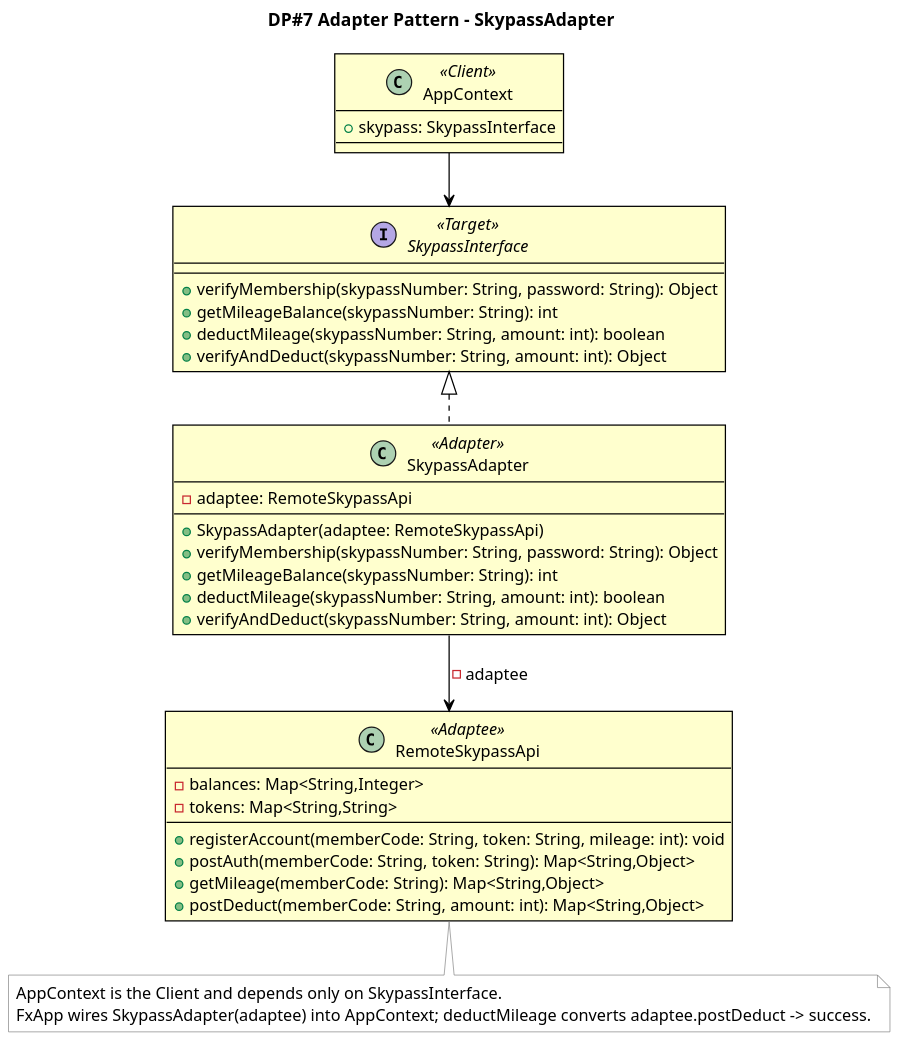
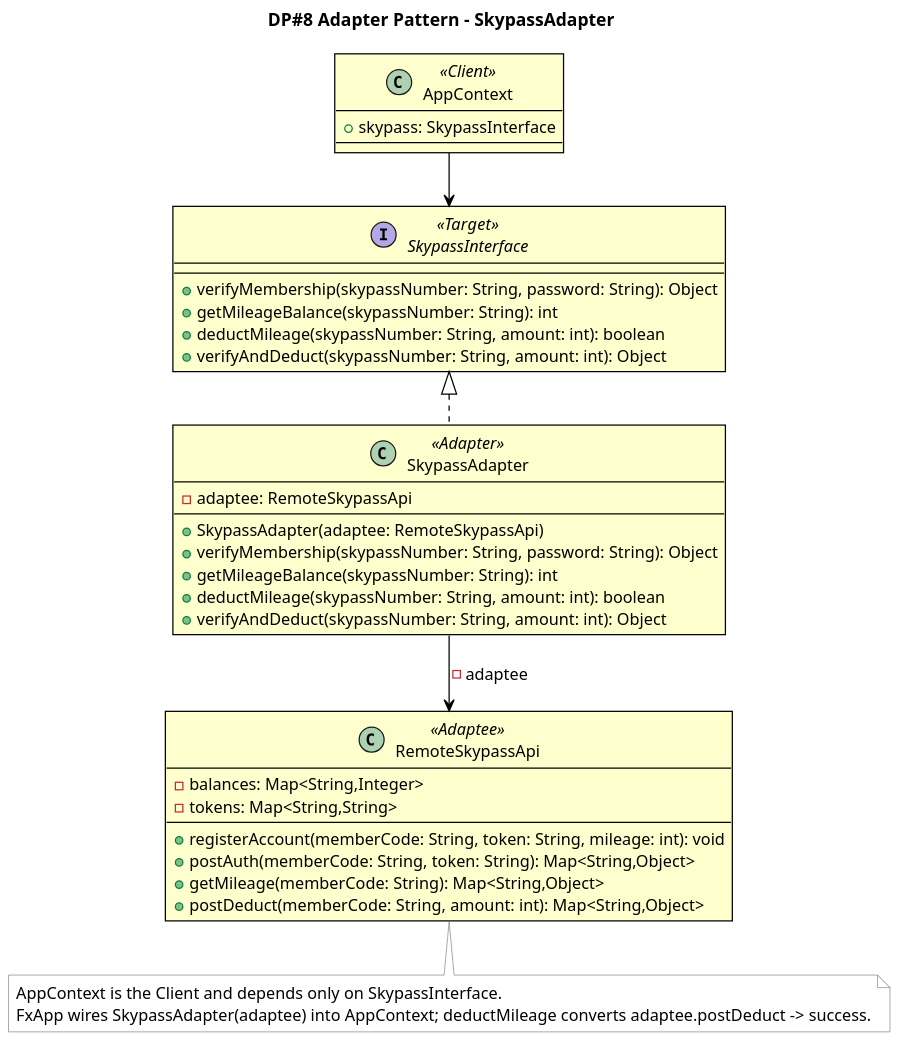
The diagram in docs/diagrams/iter4-puml/en/dp7-adapter.puml (gimjungwook/KoreanAirReservationDomain), drawn with PlantUML before and after one commit. The commit also changed 75 other files, not shown here.

First line of the commit message:
발표 덱·다이어그램·코드 정비 (iter4)

```diff
--- a/docs/diagrams/iter4-puml/en/dp7-adapter.puml
+++ b/docs/diagrams/iter4-puml/en/dp7-adapter.puml
@@ -1,61 +1,61 @@
 @startuml dp7-adapter
 skinparam backgroundColor #FFFFFF
 skinparam shadowing false
 skinparam roundcorner 0
 skinparam linetype polyline
 skinparam nodesep 26
 skinparam ranksep 42
 skinparam defaultFontName "Helvetica Neue"
 skinparam defaultFontSize 13
 skinparam dpi 150
 skinparam class {
   BackgroundColor #FFFFCE
   BorderColor #000000
   BorderThickness 1
   ArrowColor #000000
   ArrowThickness 1
   FontColor #000000
   FontName "Helvetica Neue"
   AttributeFontColor #000000
   AttributeFontName "Helvetica Neue"
   StereotypeFontColor #000000
 }
 skinparam note {
   BackgroundColor #FFFFFF
   BorderColor #777777
   FontColor #000000
 }
 
-title DP#7 Adapter Pattern - SkypassAdapter
+title DP#8 Adapter Pattern - SkypassAdapter
 class AppContext <<Client>> {
   +skypass: SkypassInterface
 }
 interface SkypassInterface <<Target>> {
   +verifyMembership(skypassNumber: String, password: String): Object
   +getMileageBalance(skypassNumber: String): int
   +deductMileage(skypassNumber: String, amount: int): boolean
   +verifyAndDeduct(skypassNumber: String, amount: int): Object
 }
 class SkypassAdapter <<Adapter>> {
   -adaptee: RemoteSkypassApi
   --
   +SkypassAdapter(adaptee: RemoteSkypassApi)
   +verifyMembership(skypassNumber: String, password: String): Object
   +getMileageBalance(skypassNumber: String): int
   +deductMileage(skypassNumber: String, amount: int): boolean
   +verifyAndDeduct(skypassNumber: String, amount: int): Object
 }
 class RemoteSkypassApi <<Adaptee>> {
   -balances: Map<String,Integer>
   -tokens: Map<String,String>
   --
   +registerAccount(memberCode: String, token: String, mileage: int): void
   +postAuth(memberCode: String, token: String): Map<String,Object>
   +getMileage(memberCode: String): Map<String,Object>
   +postDeduct(memberCode: String, amount: int): Map<String,Object>
 }
 AppContext --> SkypassInterface
 SkypassInterface <|.. SkypassAdapter
 SkypassAdapter --> RemoteSkypassApi : -adaptee
 note bottom : AppContext is the Client and depends only on SkypassInterface.\nFxApp wires SkypassAdapter(adaptee) into AppContext; deductMileage converts adaptee.postDeduct -> success.
 @enduml
```
